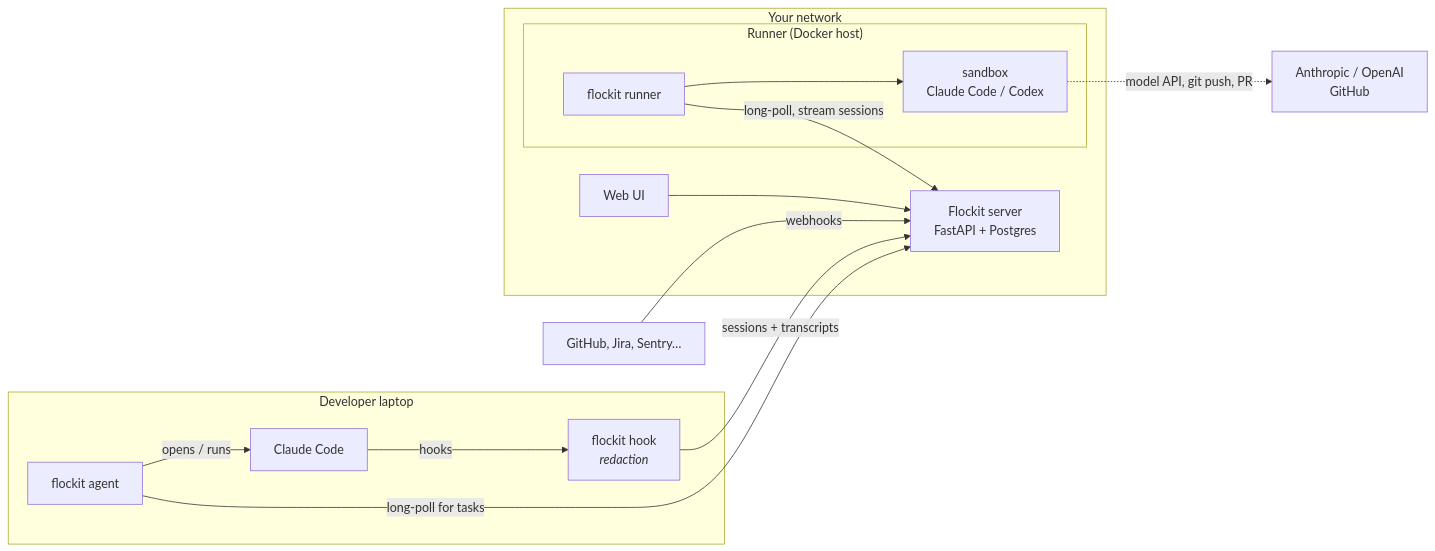
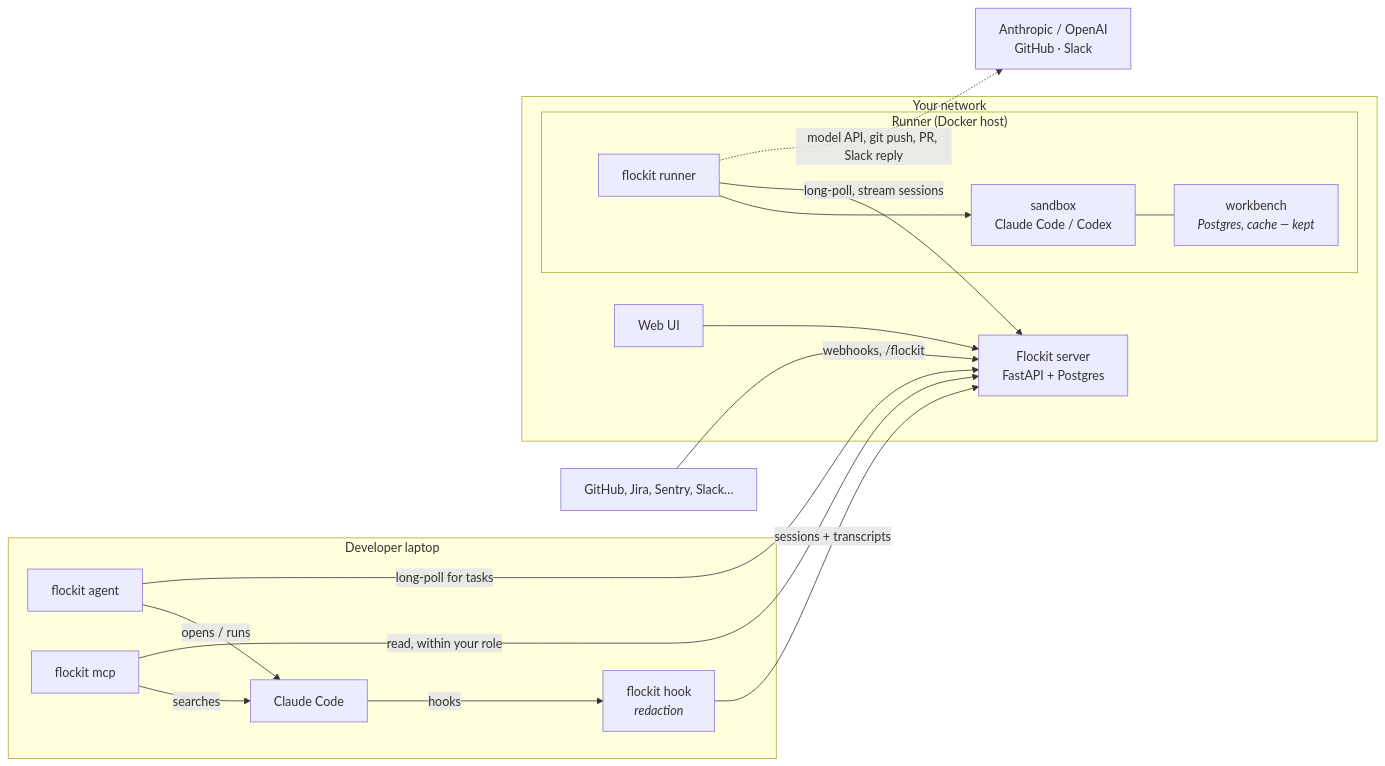
One commit to giladlevy1/flockit changed the diagram in README.md. Above: the diagram before and after it, drawn with Mermaid. The commit also changed other lines of this file and 54 other files, not shown here.

First line of the commit message:
0.3: workbenches, the archive in your editor, Slack, and a simpler home

````diff
--- a/README.md
+++ b/README.md
@@ -115,19 +138,22 @@
 ```mermaid
 flowchart LR
     subgraph laptop["Developer laptop"]
         CC["Claude Code"] -- "hooks" --> C["flockit hook<br/><i>redaction</i>"]
         A["flockit agent"] -- "opens / runs" --> CC
+        M["flockit mcp"] -- "searches" --> CC
     end
     subgraph net["Your network"]
         API["Flockit server<br/>FastAPI + Postgres"]
         UI["Web UI"] --> API
         subgraph runner["Runner (Docker host)"]
             R["flockit runner"] --> SB["sandbox<br/>Claude Code / Codex"]
+            SB --- WB["workbench<br/><i>Postgres, cache — kept</i>"]
         end
     end
     C -- "sessions + transcripts" --> API
     A -- "long-poll for tasks" --> API
+    M -- "read, within your role" --> API
     R -- "long-poll, stream sessions" --> API
-    SB -. "model API, git push, PR" .-> EXT["Anthropic / OpenAI<br/>GitHub"]
-    WH["GitHub, Jira, Sentry…"] -- "webhooks" --> API
+    R -. "model API, git push, PR, Slack reply" .-> EXT["Anthropic / OpenAI<br/>GitHub · Slack"]
+    WH["GitHub, Jira, Sentry, Slack…"] -- "webhooks, /flockit" --> API
 ```
````
